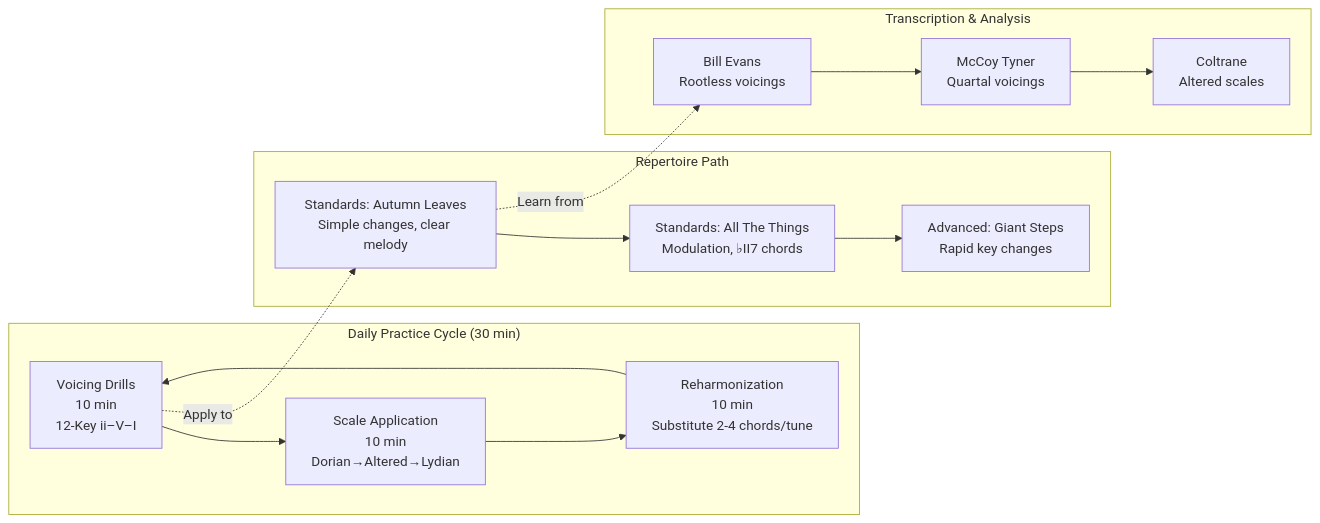
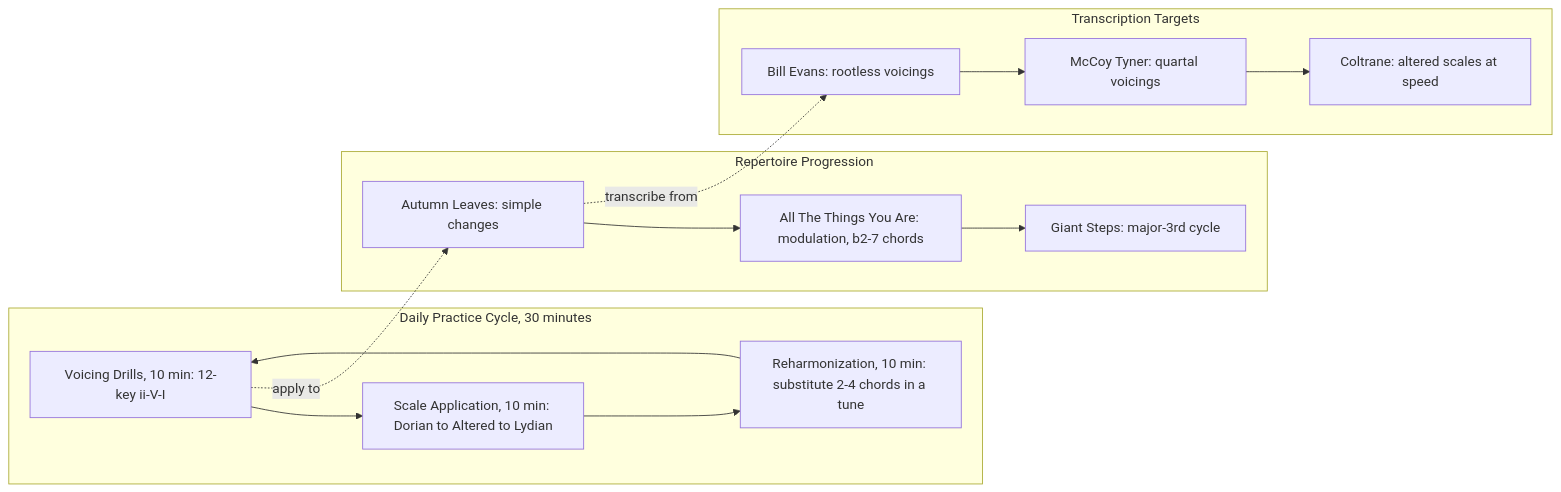
Before and after one commit to blebleblee/synapse: the third of 3 diagrams in topics/arts/composition/jazz_harmony/lesson_04_advanced_harmonic_concepts.md, drawn with Mermaid. The commit also changed other lines of this file and 4 other files, not shown here.

````diff
--- a/topics/arts/composition/jazz_harmony/lesson_04_advanced_harmonic_concepts.md
+++ b/topics/arts/composition/jazz_harmony/lesson_04_advanced_harmonic_concepts.md
@@ -551,33 +470,26 @@
 ```mermaid
 graph LR
-    subgraph sub_practice ["Daily Practice Cycle (30 min)"]
-        A["Voicing Drills<br/>10 min<br/>12-Key ii–V–I"]
-        B["Scale Application<br/>10 min<br/>Dorian→Altered→Lydian"]
-        C["Reharmonization<br/>10 min<br/>Substitute 2-4 chords/tune"]
+    subgraph sub_practice ["Daily Practice Cycle, 30 minutes"]
+        A["Voicing Drills, 10 min: 12-key ii-V-I"]
+        B["Scale Application, 10 min: Dorian to Altered to Lydian"]
+        C["Reharmonization, 10 min: substitute 2-4 chords in a tune"]
     end
-    
-    subgraph sub_repertoire ["Repertoire Path"]
-        D["Standards: Autumn Leaves<br/>Simple changes, clear melody"]
-        E["Standards: All The Things<br/>Modulation, ♭II7 chords"]
-        F["Advanced: Giant Steps<br/>Rapid key changes"]
+
+    subgraph sub_repertoire ["Repertoire Progression"]
+        D["Autumn Leaves: simple changes"]
+        E["All The Things You Are: modulation, b2-7 chords"]
+        F["Giant Steps: major-3rd cycle"]
     end
-    
-    subgraph sub_listening ["Transcription & Analysis"]
-        G["Bill Evans<br/>Rootless voicings"]
-        H["McCoy Tyner<br/>Quartal voicings"]
-        I["Coltrane<br/>Altered scales"]
+
+    subgraph sub_listening ["Transcription Targets"]
+        G["Bill Evans: rootless voicings"]
+        H["McCoy Tyner: quartal voicings"]
+        I["Coltrane: altered scales at speed"]
     end
-    
-    A --> B
-    B --> C
-    C --> A
-    
-    D --> E
-    E --> F
-    
-    G --> H
-    H --> I
-    
-    A -.->|Apply to| D
-    D -.->|Learn from| G
+
+    A --> B --> C --> A
+    D --> E --> F
+    G --> H --> I
+    A -.->|apply to| D
+    D -.->|transcribe from| G
 ```
````
